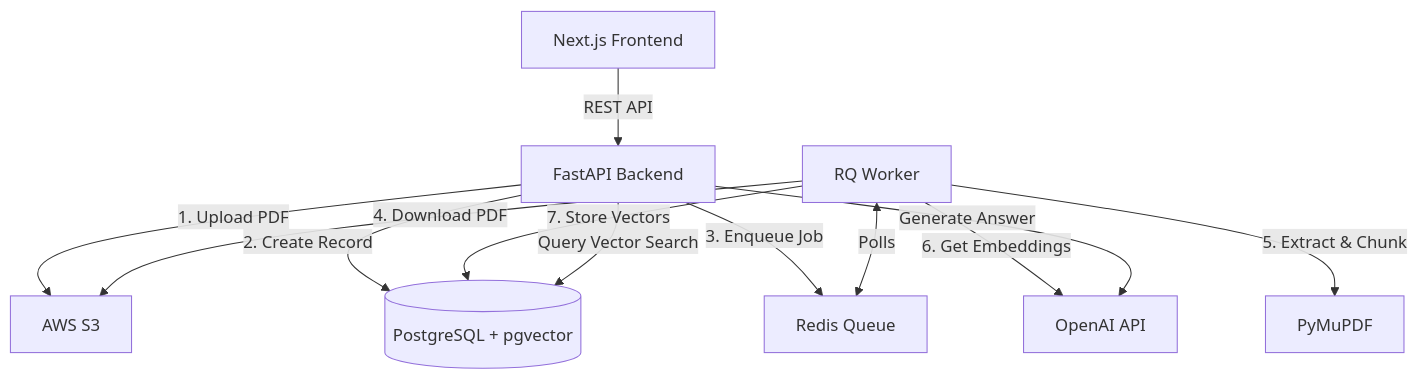
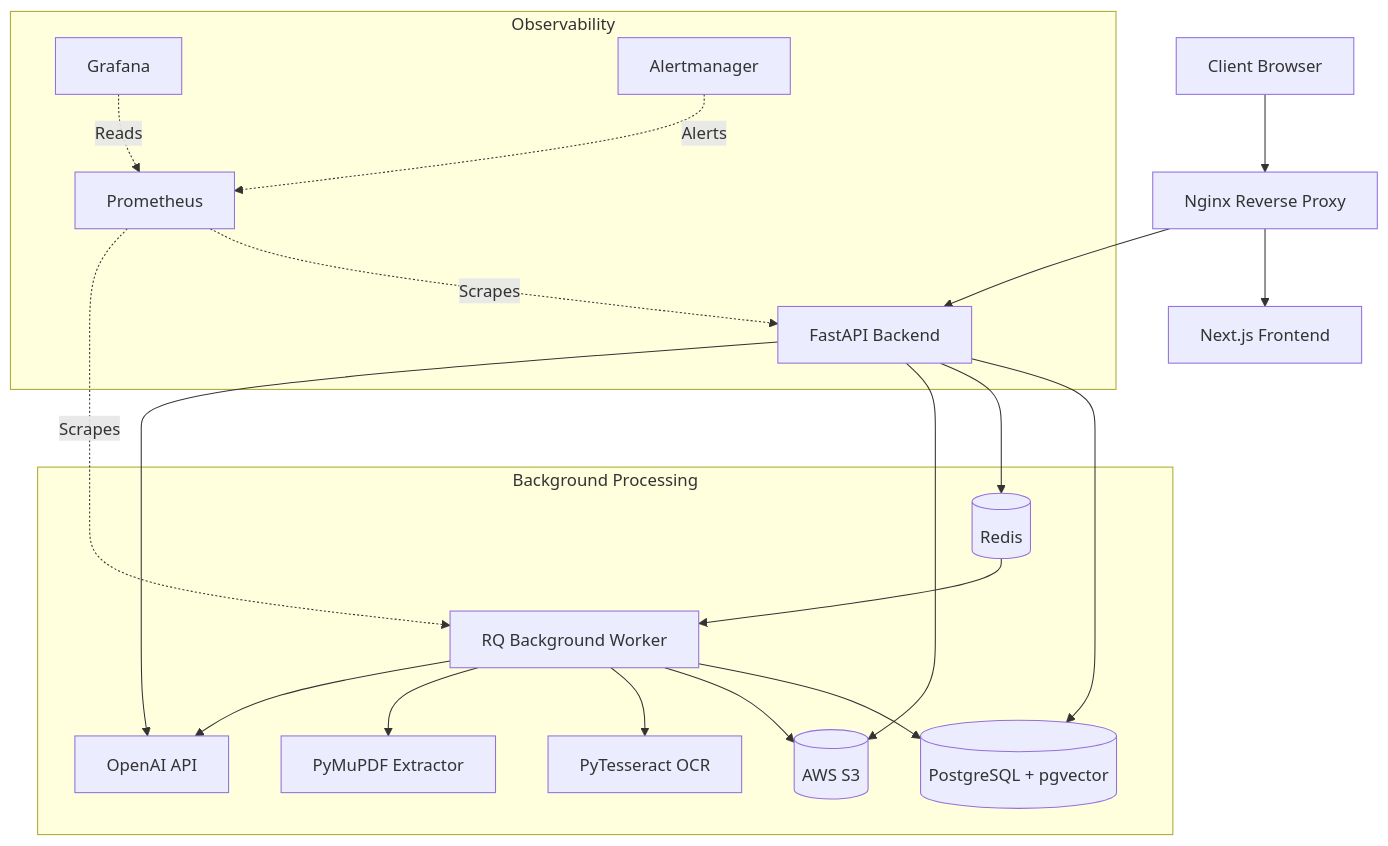
Before and after one commit to KanavSingla28-k/PDFTalk: the first of 2 diagrams in README.md, drawn with Mermaid. The commit also changed other lines of this file, not shown here.

Commit message:
docs: rewrite README to reflect v2.0 architecture, feature enhancements, and system documentation

````diff
--- a/README.md
+++ b/README.md
@@ -69,17 +54,27 @@
 ```mermaid
 graph TD
-    Client[Next.js Frontend] -->|REST API| API[FastAPI Backend]
+    Client[Client Browser] --> Nginx[Nginx Reverse Proxy]
+    Nginx --> Frontend[Next.js Frontend]
+    Nginx --> API[FastAPI Backend]
     
-    API -->|1. Upload PDF| S3[AWS S3]
-    API -->|2. Create Record| DB[(PostgreSQL + pgvector)]
-    API -->|3. Enqueue Job| Redis[Redis Queue]
+    API --> DB[(PostgreSQL + pgvector)]
+    API --> Redis[(Redis)]
+    API --> S3[(AWS S3)]
+    API --> LLM[OpenAI API]
     
-    Worker[RQ Worker] <-->|Polls| Redis
-    Worker -->|4. Download PDF| S3
-    Worker -->|5. Extract & Chunk| PyMuPDF[PyMuPDF]
-    Worker -->|6. Get Embeddings| OpenAI[OpenAI API]
-    Worker -->|7. Store Vectors| DB
+    subgraph Background Processing
+    Redis --> Worker[RQ Background Worker]
+    Worker --> DB
+    Worker --> S3
+    Worker --> Tesseract[PyTesseract OCR]
+    Worker --> PyMuPDF[PyMuPDF Extractor]
+    Worker --> LLM
+    end
     
-    API -->|Query Vector Search| DB
-    API -->|Generate Answer| OpenAI
+    subgraph Observability
+    Prometheus[Prometheus] -.Scrapes.-> API
+    Prometheus -.Scrapes.-> Worker
+    Grafana[Grafana] -.Reads.-> Prometheus
+    Alertmanager[Alertmanager] -.Alerts.-> Prometheus
+    end
 ```
````
